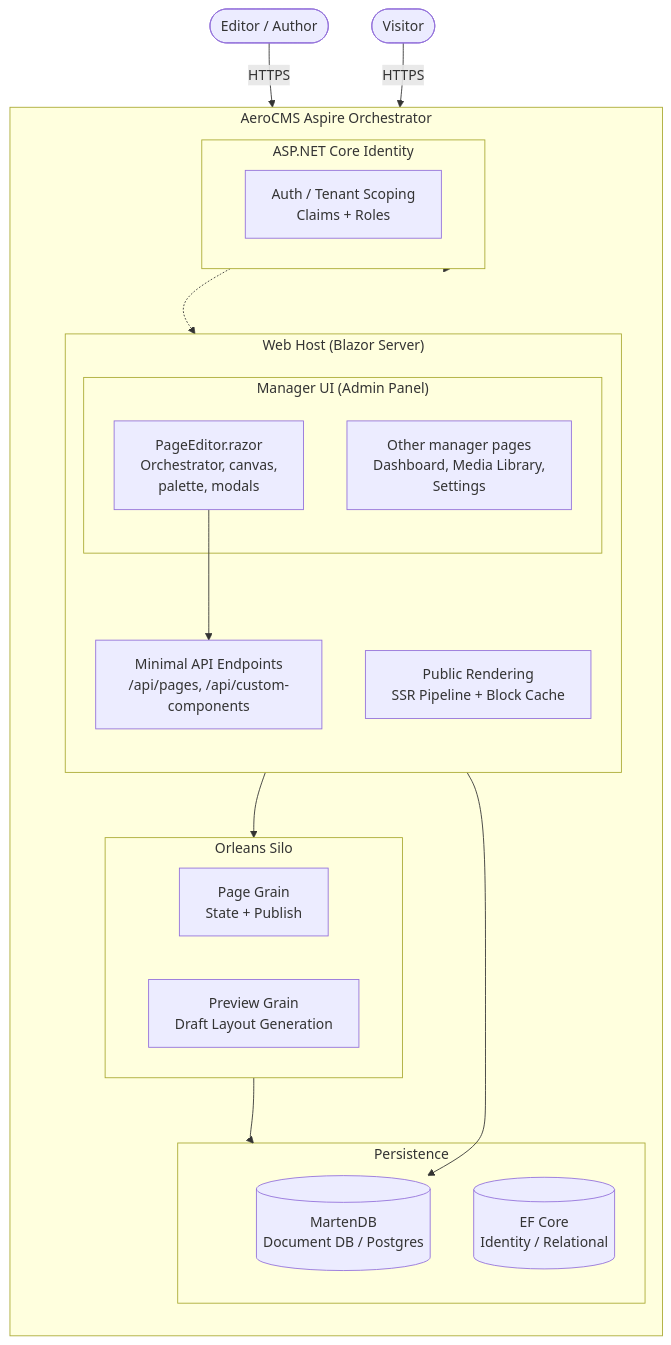
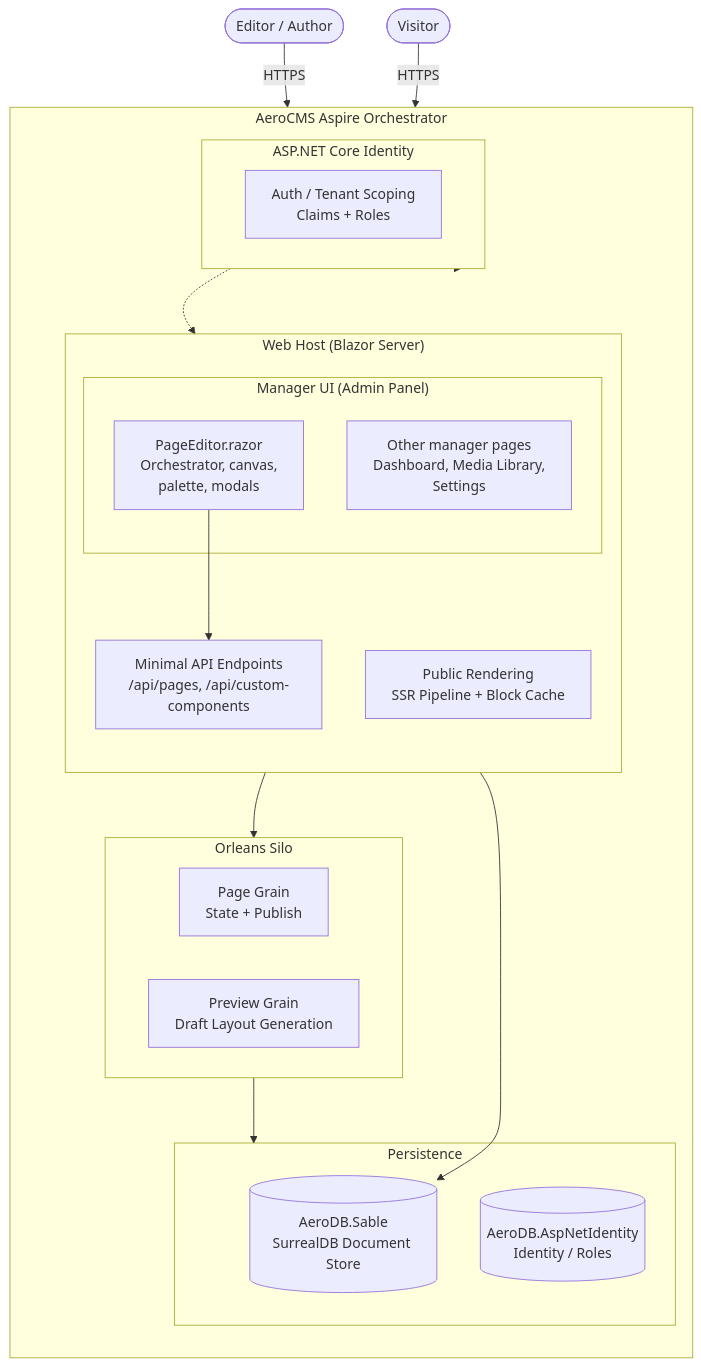
Before and after one commit to microbian-systems/AeroCMS: the first of 9 diagrams in docs/architecture/page-editor-architecture.md, drawn with Mermaid. The commit also changed other lines of this file and 96 other files, not shown here.

````diff
--- a/docs/architecture/page-editor-architecture.md
+++ b/docs/architecture/page-editor-architecture.md
@@ -13,42 +13,42 @@
 ```mermaid
 flowchart TB
     subgraph Aspire["AeroCMS Aspire Orchestrator"]
         direction TB
 
         subgraph Web["Web Host (Blazor Server)"]
             direction TB
 
             subgraph Manager["Manager UI (Admin Panel)"]
                 PE["PageEditor.razor\nOrchestrator, canvas,\npalette, modals"]
                 OTHER["Other manager pages\nDashboard, Media Library,\nSettings"]
             end
 
             API["Minimal API Endpoints\n/api/pages, /api/custom-components"]
             PUBLIC["Public Rendering\nSSR Pipeline + Block Cache"]
         end
 
         subgraph Orleans["Orleans Silo"]
             PG["Page Grain\nState + Publish"]
             PRG["Preview Grain\nDraft Layout Generation"]
         end
 
         subgraph Data["Persistence"]
-            MDB[("MartenDB\nDocument DB / Postgres")]
-            EFC[("EF Core\nIdentity / Relational")]
+            MDB[("AeroDB.Sable\nSurrealDB Document Store")]
+            IDS[("AeroDB.AspNetIdentity\nIdentity / Roles")]
         end
 
         subgraph Identity["ASP.NET Core Identity"]
             AUI["Auth / Tenant Scoping\nClaims + Roles"]
         end
     end
 
     AUTHOR(["Editor / Author"]) -->|HTTPS| PE
     PE --> API
     API --> Orleans
     Orleans --> Data
     Identity -.-> API
     Identity -.-> Manager
 
     VISITOR(["Visitor"]) -->|HTTPS| PUBLIC
     PUBLIC --> MDB
 ```
````
